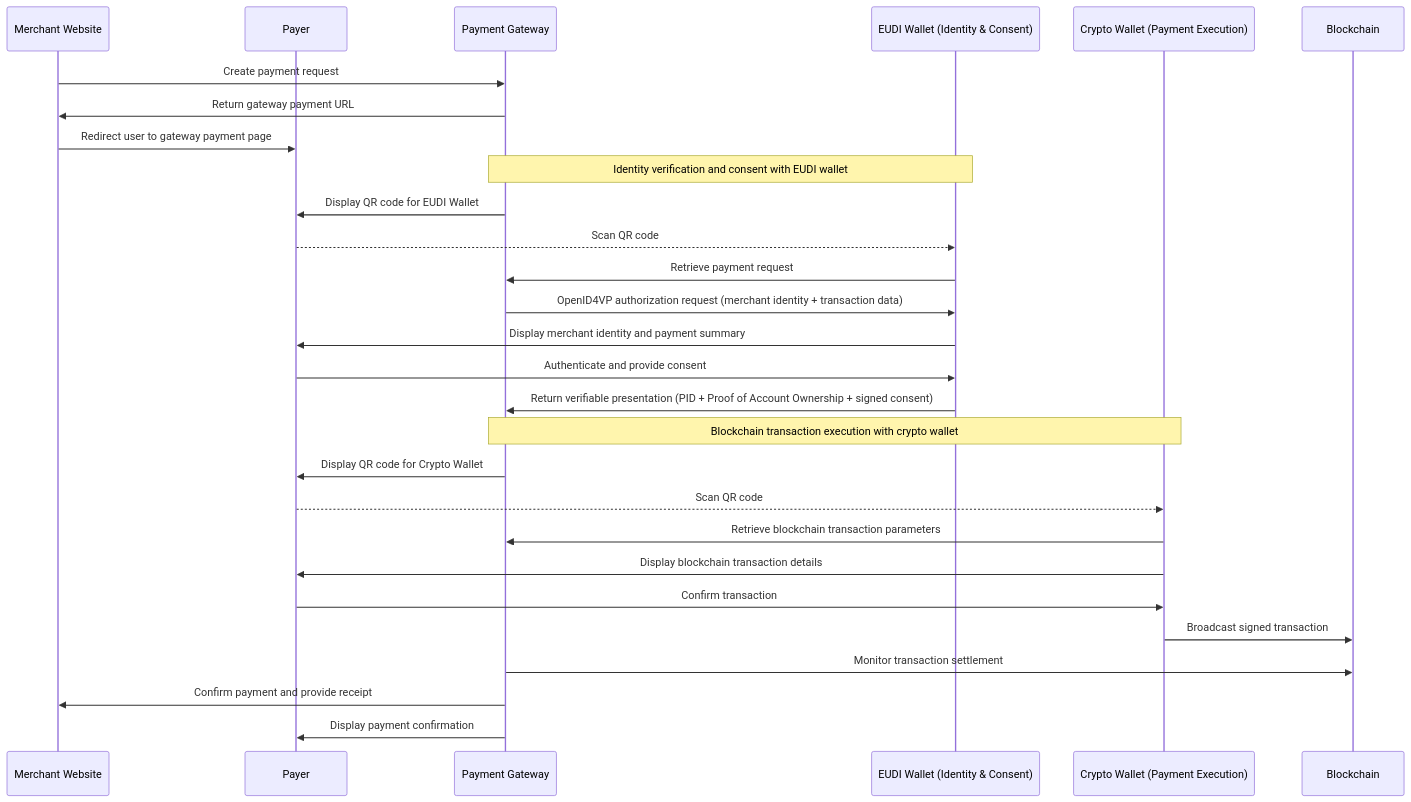
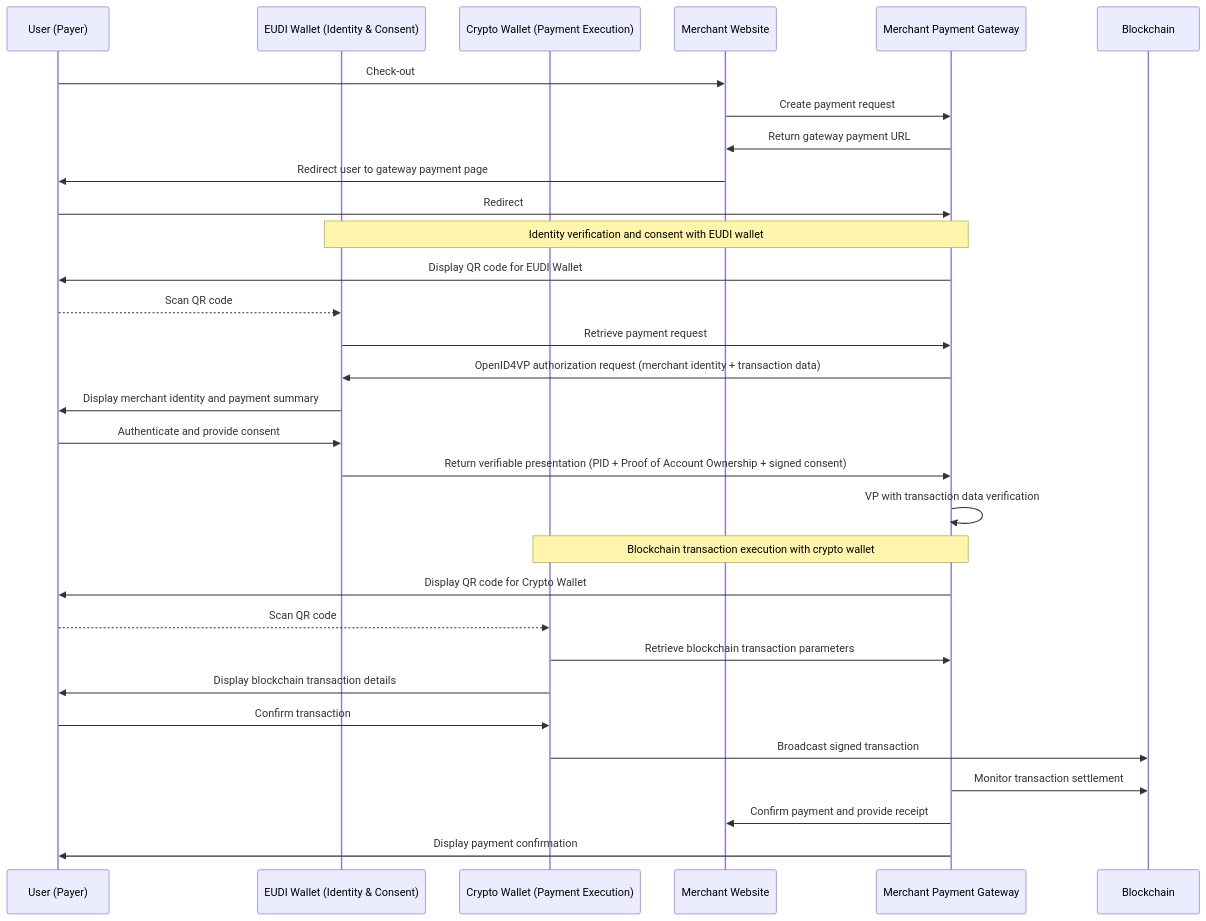
The first of 2 diagrams in Secure_Crypto_P2M_EUDI_Use_Case.md (TalaoDAO/Web3IDPay), drawn with Mermaid before and after one commit. The commit also changed other lines of this file and 4 other files, not shown here.

````diff
--- a/Secure_Crypto_P2M_EUDI_Use_Case.md
+++ b/Secure_Crypto_P2M_EUDI_Use_Case.md
@@ -377,38 +527,42 @@
 ```mermaid
 sequenceDiagram
-    participant Merchant as Merchant Website
-    participant User as Payer
-    participant Gateway as Payment Gateway
+    participant User as User (Payer)
     participant Wallet as EUDI Wallet (Identity & Consent)
     participant Crypto as Crypto Wallet (Payment Execution)
+    participant Merchant as Merchant Website
+    participant Gateway as Merchant Payment Gateway
     participant Blockchain as Blockchain
+
+    User ->>Merchant: Check-out
 
     Merchant->>Gateway: Create payment request
     Gateway->>Merchant: Return gateway payment URL
     Merchant->>User: Redirect user to gateway payment page
+    User->>Gateway: Redirect
 
     Note over Gateway,Wallet: Identity verification and consent with EUDI wallet
 
     Gateway->>User: Display QR code for EUDI Wallet
     User-->>Wallet: Scan QR code
     Wallet->>Gateway: Retrieve payment request
 
     Gateway->>Wallet: OpenID4VP authorization request (merchant identity + transaction data)
     Wallet->>User: Display merchant identity and payment summary
     User->>Wallet: Authenticate and provide consent
     Wallet->>Gateway: Return verifiable presentation (PID + Proof of Account Ownership + signed consent)
+    Gateway->>Gateway: VP with transaction data verification
 
     Note over Gateway,Crypto: Blockchain transaction execution with crypto wallet
 
     Gateway->>User: Display QR code for Crypto Wallet
     User-->>Crypto: Scan QR code
     Crypto->>Gateway: Retrieve blockchain transaction parameters
 
     Crypto->>User: Display blockchain transaction details
     User->>Crypto: Confirm transaction
     Crypto->>Blockchain: Broadcast signed transaction
 
     Gateway->>Blockchain: Monitor transaction settlement
     Gateway->>Merchant: Confirm payment and provide receipt
     Gateway->>User: Display payment confirmation
 ```
````
